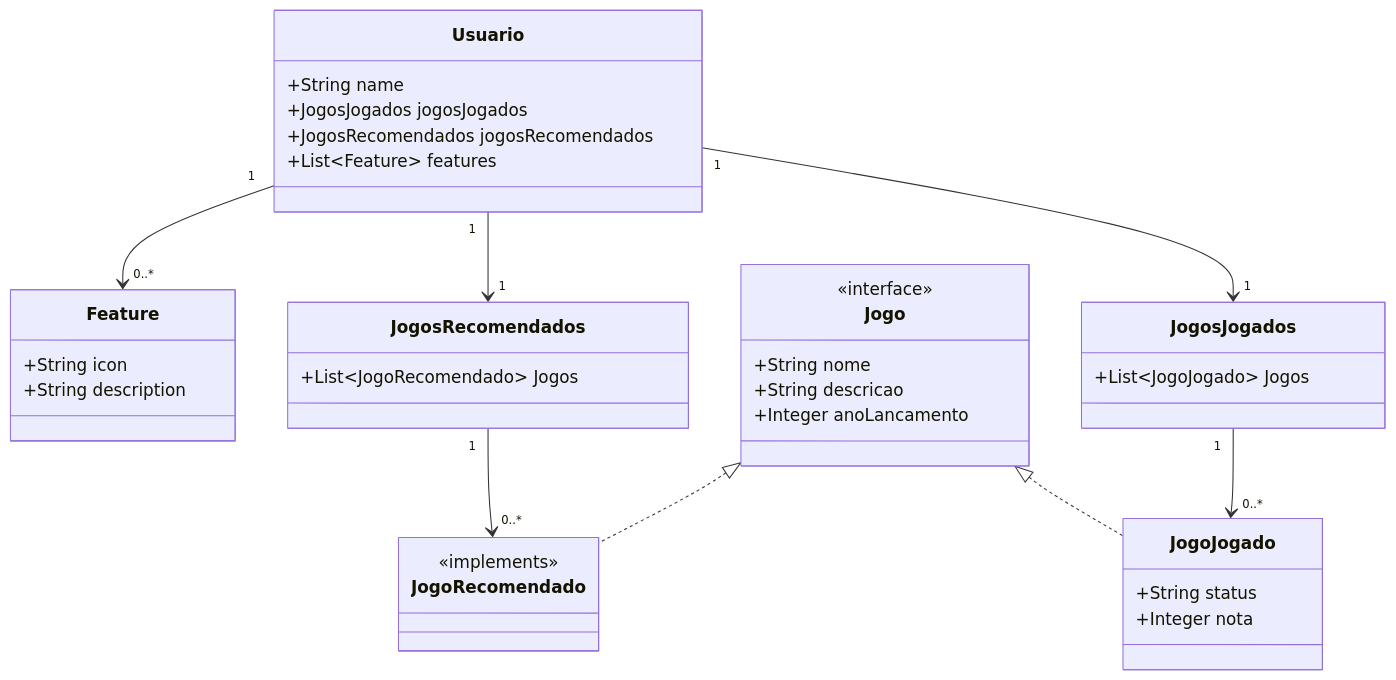
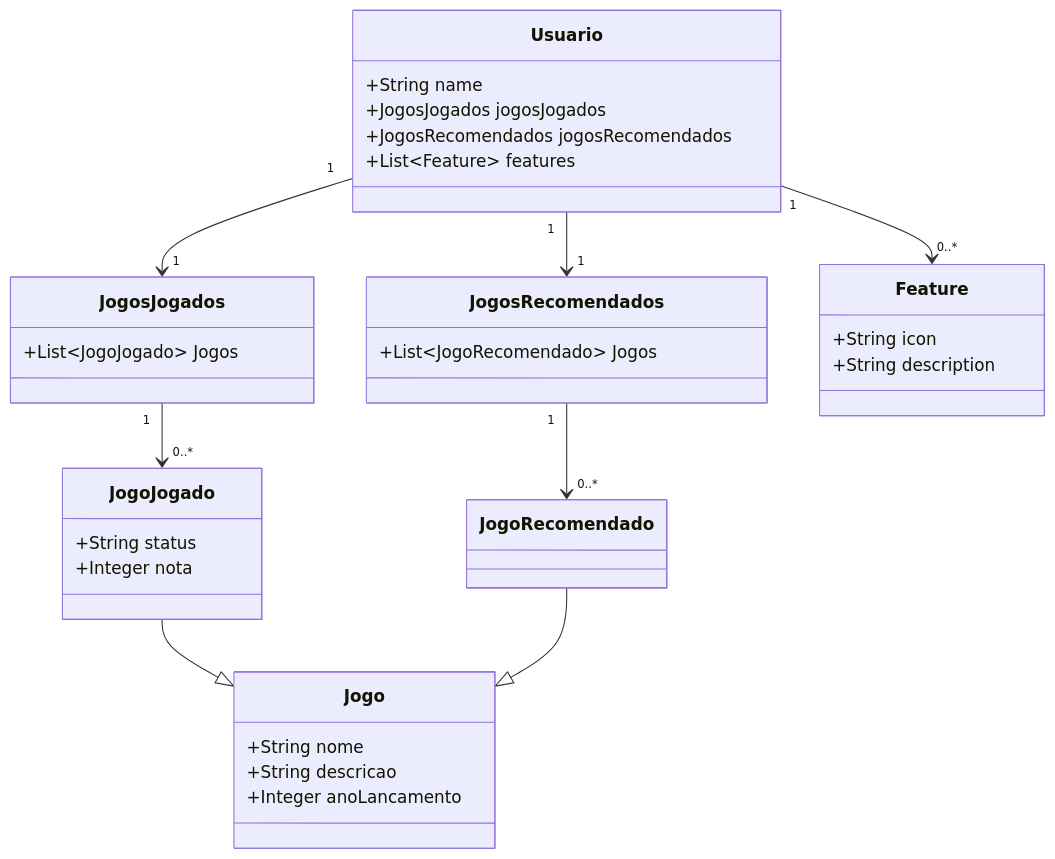
Before and after one commit to e1k1to/curriculo_gamer: the diagram in README.md, drawn with Mermaid.

Commit message:
corrigindo para superclasse em readme

````diff
--- a/README.md
+++ b/README.md
@@ -6,49 +6,47 @@
 ```mermaid
 classDiagram
     class Usuario {
         +String name
         +JogosJogados jogosJogados
         +JogosRecomendados jogosRecomendados
         +List~Feature~ features
     }
 
     class JogosJogados {
         +List~JogoJogado~ Jogos
     }
 
     class JogosRecomendados {
         +List~JogoRecomendado~ Jogos
     }
 
+    class Jogo {
+        +String nome
+        +String descricao
+        +Integer anoLancamento
+    }
+
     class JogoJogado {
         +String status
         +Integer nota
     }
 
     class JogoRecomendado {
-        <<implements>> 
-    }
-
-    class Jogo {
-        <<interface>>
-        +String nome
-        +String descricao
-        +Integer anoLancamento
     }
 
     class Feature {
         +String icon
         +String description
     }
 
-    %% Relações e cardinalidades
+    %% Relações e herança
     Usuario "1" --> "1" JogosJogados
     Usuario "1" --> "1" JogosRecomendados
     Usuario "1" --> "0..*" Feature
     JogosJogados "1" --> "0..*" JogoJogado
     JogosRecomendados "1" --> "0..*" JogoRecomendado
 
-    Jogo <|.. JogoJogado
-    Jogo <|.. JogoRecomendado
+    JogoJogado --|> Jogo
+    JogoRecomendado --|> Jogo
 
 ```
````
